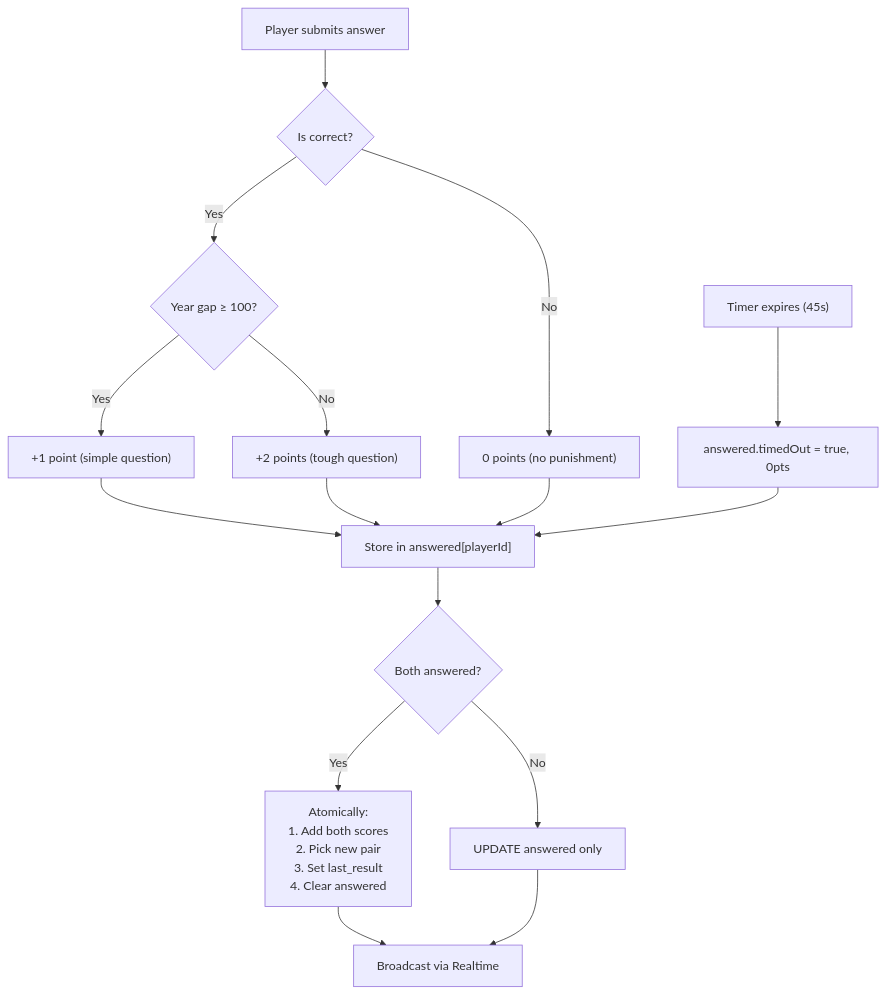
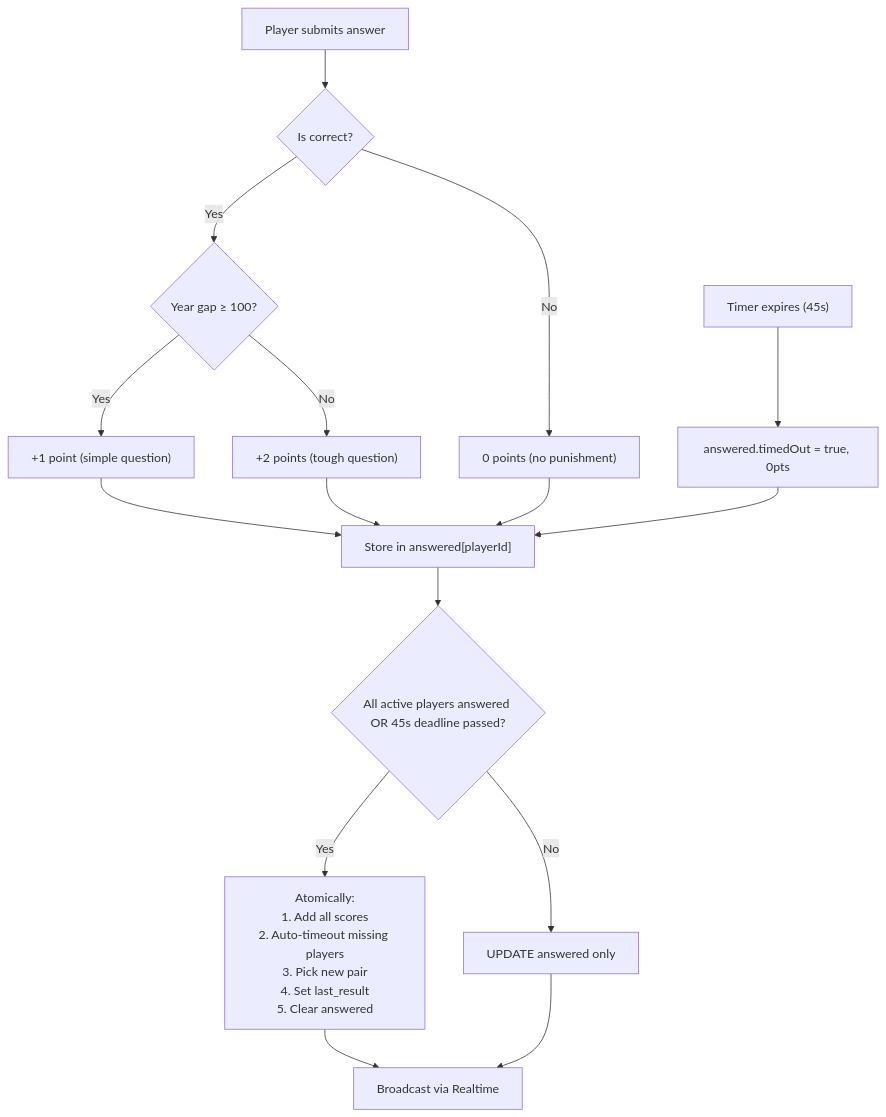
One commit to prokopHouda/history_game changed the fifth of 7 diagrams in docs/architecture.md. Above: the diagram before and after it, drawn with Mermaid. The commit also changed other lines of this file and 7 other files, not shown here.

````diff
--- a/docs/architecture.md
+++ b/docs/architecture.md
@@ -169,18 +188,18 @@
 ```mermaid
 flowchart TD
     A["Player submits answer"] --> B{"Is correct?"}
     B -->|Yes| C{"Year gap ≥ 100?"}
     C -->|Yes| D["+1 point (simple question)"]
     C -->|No| E["+2 points (tough question)"]
     B -->|No| F["0 points (no punishment)"]
     D --> G["Store in answered[playerId]"]
     E --> G
     F --> G
-    G --> H{"Both answered?"}
-    H -->|Yes| I["Atomically:<br/>1. Add both scores<br/>2. Pick new pair<br/>3. Set last_result<br/>4. Clear answered"]
+    G --> H{"All active players answered OR 45s deadline passed?"}
+    H -->|Yes| I["Atomically:<br/>1. Add all scores<br/>2. Auto-timeout missing players<br/>3. Pick new pair<br/>4. Set last_result<br/>5. Clear answered"]
     H -->|No| J["UPDATE answered only"]
     I --> K["Broadcast via Realtime"]
     J --> K
     L["Timer expires (45s)"] --> M["answered.timedOut = true, 0pts"]
     M --> G
 ```
````
